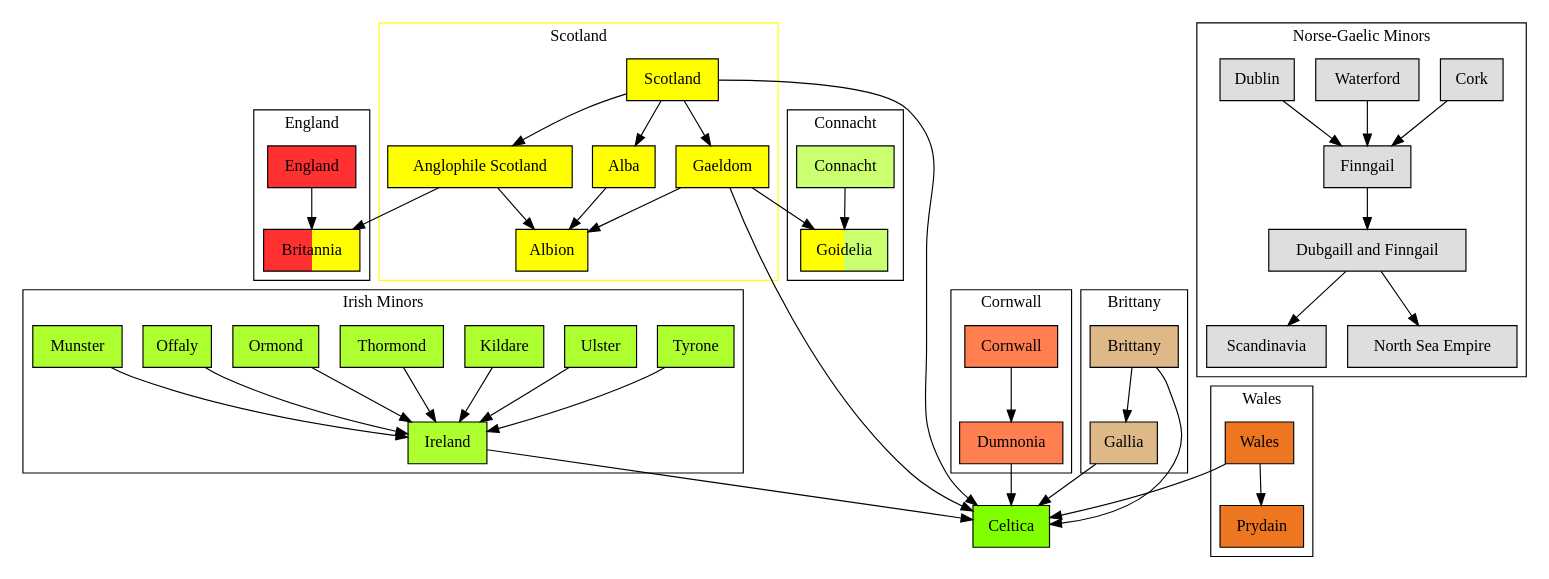
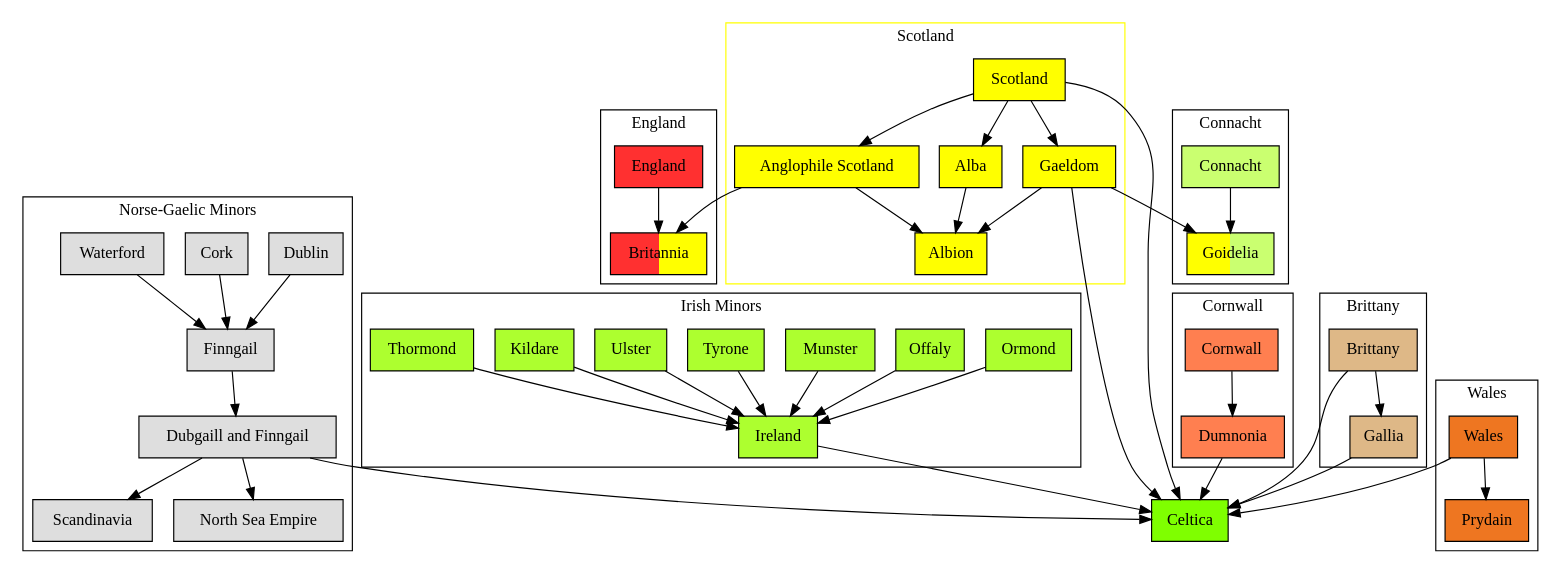
Before and after one commit to maxice8/ab: the diagram in pendragon+celtic-formables.dot, drawn with Graphviz. The commit also changed other lines of this file and 1 other file, not shown here.

Commit message:
update graphs

```diff
--- a/pendragon+celtic-formables.dot
+++ b/pendragon+celtic-formables.dot
@@ -1,130 +1,132 @@
 # http://www.graphviz.org/content/cluster
 
 digraph Formables {
     
     node[shape=rectangle]
     
     gbr[label="Britannia"]
     gbr[style=filled]
     gbr[fillcolor="firebrick1;0.5:yellow"]
     
     goi[label="Goidelia"]
     goi[style=filled]
     goi[fillcolor="yellow;0.5:darkolivegreen1"]
     
     subgraph cluster_0 {
         color = yellow
         
         node [style=filled]
         node [fillcolor=yellow]
         
         Paths[label="Scotland"]
         
         sco[label="Anglophile Scotland"]
         alba[label="Alba"]
         gae[label="Gaeldom"]
         
         Paths->sco
         Paths->alba
         Paths->gae
         
         alba->Albion
         
         sco->Albion
         
         gae->Albion
         
         label = "Scotland"
     }
     
     sco->gbr
     gae->goi
     
     subgraph cluster_1 {
      label = "England"
      
      node [style=filled]
      node [fillcolor=firebrick1]
      
      eng[label="England"]
         eng->gbr
     }
     
     
     subgraph cluster_2 {
         
         node[style=filled]
         node[fillcolor=greenyellow]
         
         Tyrone->Ireland
         Ulster->Ireland
         Kildare->Ireland
         Thormond->Ireland
         Ormond->Ireland
         Offaly->Ireland
         Munster->Ireland
         label="Irish Minors"
         
     }
     
     subgraph cluster_3 {
         node [style=filled]
         node [fillcolor=darkolivegreen1]
         Connacht->goi
         label="Connacht"
     }
     
     subgraph cluster_4 {
         node [style=filled]
         node [fillcolor=gray87]
         
         Cork->Finngail
         Waterford->Finngail
         Dublin->Finngail
         Finngail->"Dubgaill and Finngail"
         "Dubgaill and Finngail"->Scandinavia
         "Dubgaill and Finngail"->"North Sea Empire"
         label="Norse-Gaelic Minors"
     }
     
     subgraph cluster_5 {
         node[style=filled]
         node [fillcolor=chocolate2]
         
         label="Wales"
         Wales->Prydain
     }
     
     subgraph cluster_6 {
         node[style=filled]
         node[fillcolor=coral]
         
         Cornwall->Dumnonia
         label="Cornwall"
     }
     
     subgraph cluster_7 {
         node[style=filled]
         node[fillcolor=burlywood]
         
         Brittany->Gallia
         label="Brittany"
     }
     
-    Albion->Munster[style=invis]
+    gbr->Munster[style=invis]
+    goi->Cornwall[style=invis]
+    Albion->Offaly[style=invis]
     #Finngail->Wales[style=invis]
     #Finngail->Cornwall[style=invis]
     
     clt[label="Celtica"]
     clt[style=filled]
     clt[fillcolor=chartreuse]
     
     Paths->clt
     Ireland->clt
     Dumnonia->clt
     Wales->clt
     Brittany->clt
     Gallia->clt
     gae->clt
-    
+    "Dubgaill and Finngail"->clt
 }
```
